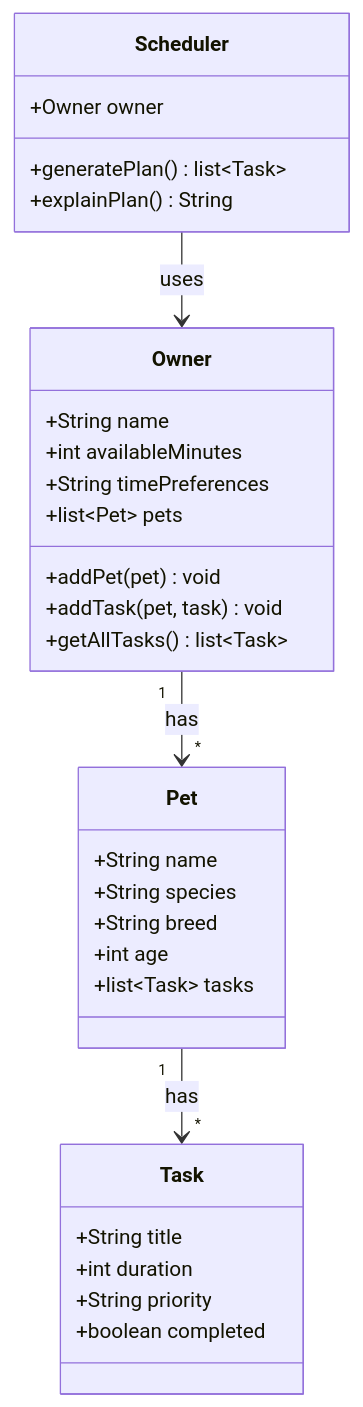
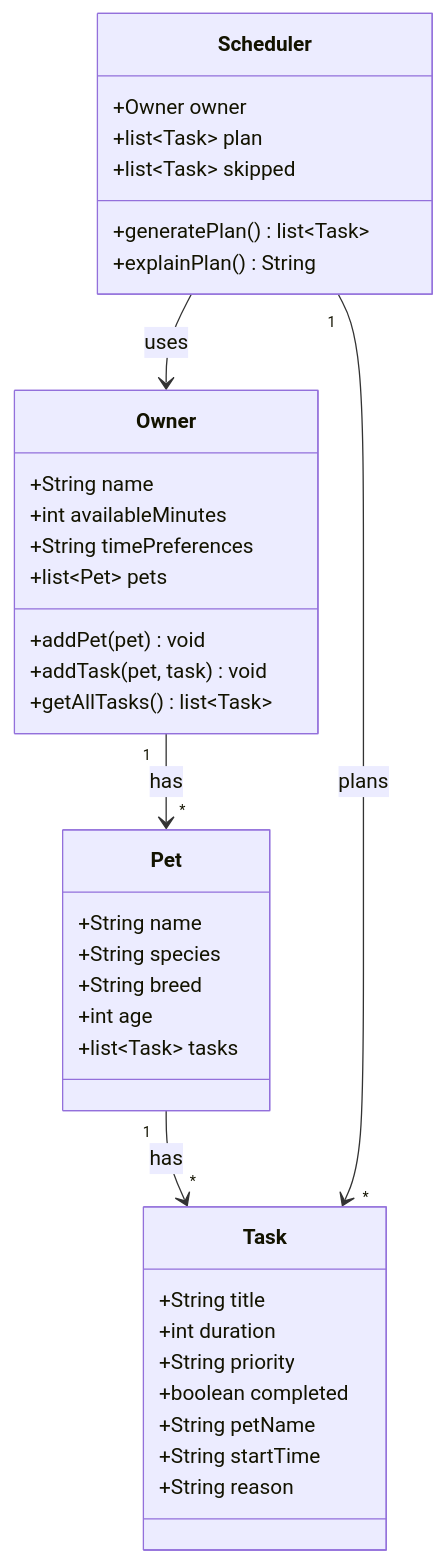
One commit to Bhabishya-Poudel/ai110-module2show-pawpal-starter changed the diagram in diagrams/uml.mmd. Above: the diagram before and after it, drawn with Mermaid. The commit also changed 6 other files, not shown here.

```diff
--- a/diagrams/uml.mmd
+++ b/diagrams/uml.mmd
@@ -1,38 +1,44 @@
 classDiagram
     %% Replace the placeholders below with your actual classes, attributes, methods, and relationships.
     %% Keep this file updated so it matches your final implementation.
 
     class Pet {
         +String name
         +String species
         +String breed
         +int age
         +list~Task~ tasks
     }
 
     class Owner {
         +String name
         +int availableMinutes
         +String timePreferences
         +list~Pet~ pets
         +addPet(pet) void
         +addTask(pet, task) void
         +getAllTasks() list~Task~
     }
 
     class Task {
         +String title
         +int duration
         +String priority
         +boolean completed
+        +String petName
+        +String startTime
+        +String reason
     }
 
     class Scheduler {
         +Owner owner
+        +list~Task~ plan
+        +list~Task~ skipped
         +generatePlan() list~Task~
         +explainPlan() String
     }
 
     Owner "1" --> "*" Pet : has
     Pet "1" --> "*" Task : has
     Scheduler --> Owner : uses
+    Scheduler "1" --> "*" Task : plans
```
